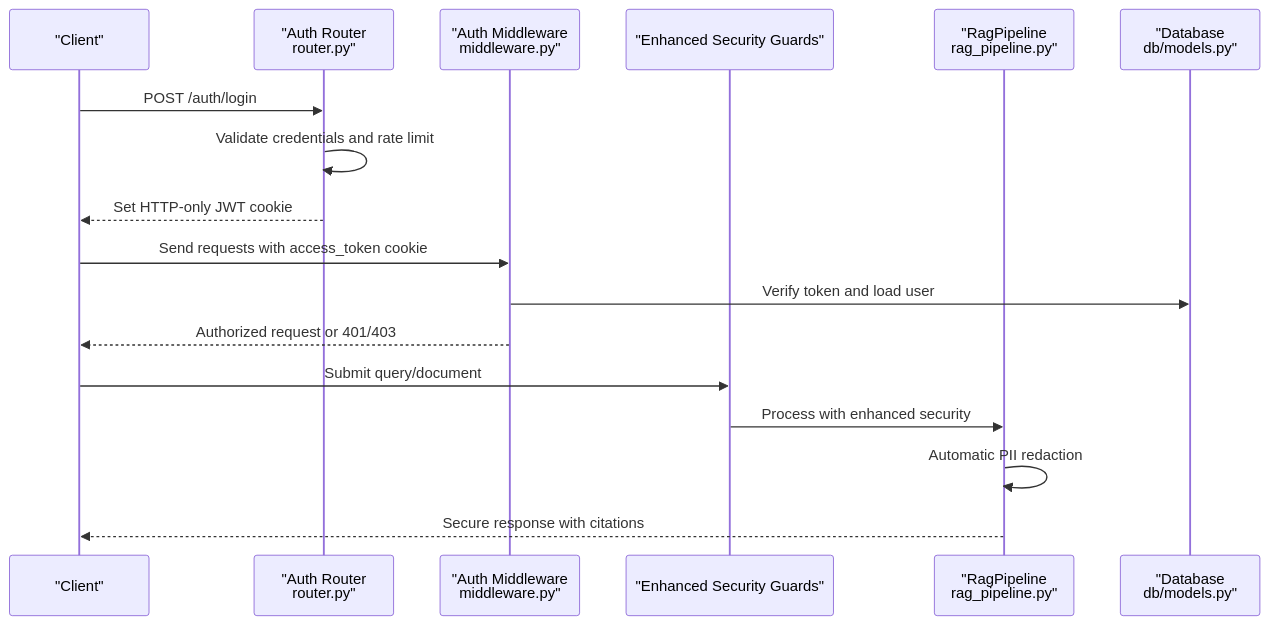
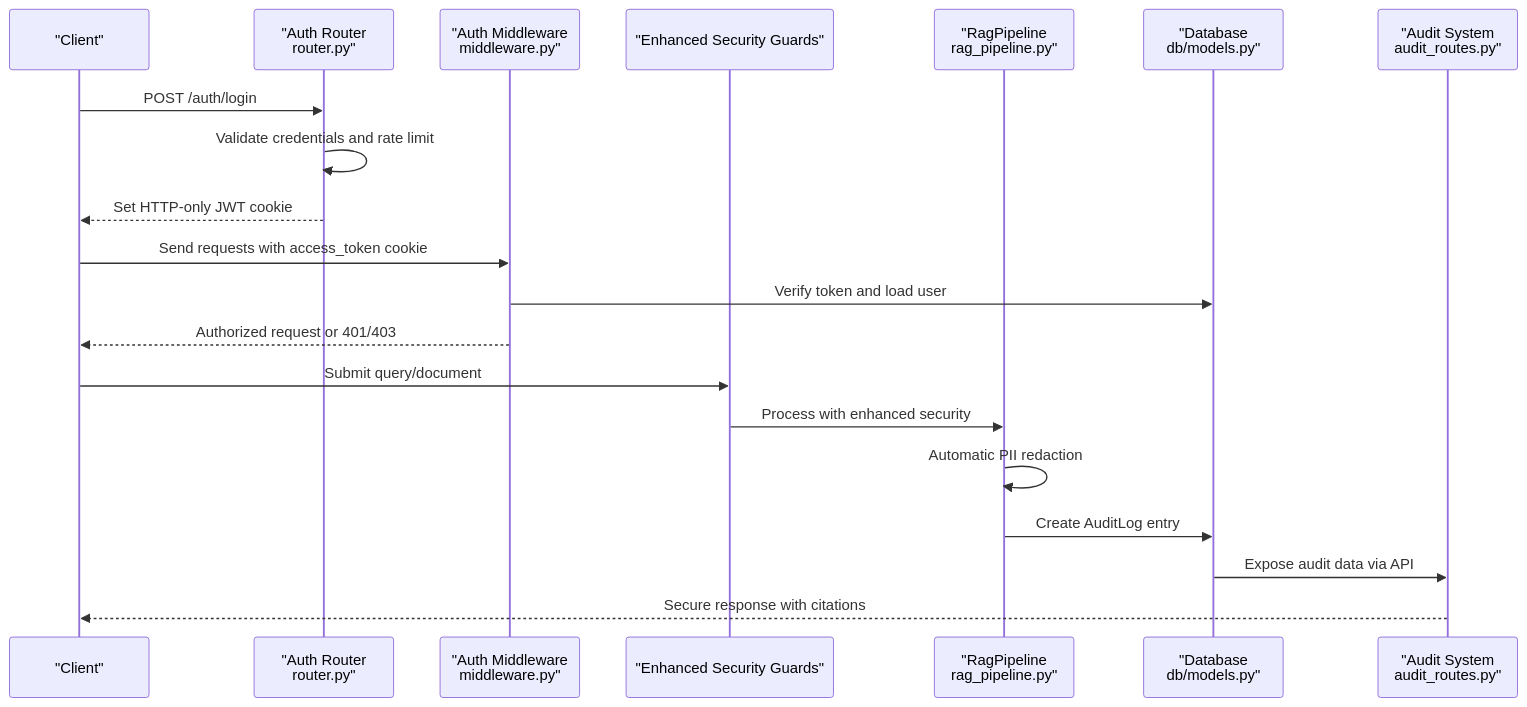
Before and after one commit to genes8/private-ai: the second of 9 diagrams in .qoder/repowiki/en/content/Security and Compliance/Security and Compliance.md, drawn with Mermaid. The commit also changed other lines of this file and 36 other files, not shown here.

````diff
--- a/.qoder/repowiki/en/content/Security and Compliance/Security and Compliance.md
+++ b/.qoder/repowiki/en/content/Security and Compliance/Security and Compliance.md
@@ -140,19 +171,22 @@
 ```mermaid
 sequenceDiagram
 participant Client as "Client"
 participant Auth as "Auth Router<br/>router.py"
 participant MW as "Auth Middleware<br/>middleware.py"
 participant Guard as "Enhanced Security Guards"
 participant Pipeline as "RagPipeline<br/>rag_pipeline.py"
 participant DB as "Database<br/>db/models.py"
+participant Audit as "Audit System<br/>audit_routes.py"
 Client->>Auth : POST /auth/login
 Auth->>Auth : Validate credentials and rate limit
 Auth-->>Client : Set HTTP-only JWT cookie
 Client->>MW : Send requests with access_token cookie
 MW->>DB : Verify token and load user
 MW-->>Client : Authorized request or 401/403
 Client->>Guard : Submit query/document
 Guard->>Pipeline : Process with enhanced security
 Pipeline->>Pipeline : Automatic PII redaction
-Pipeline-->>Client : Secure response with citations
+Pipeline->>DB : Create AuditLog entry
+DB->>Audit : Expose audit data via API
+Audit-->>Client : Secure response with citations
 ```
````
